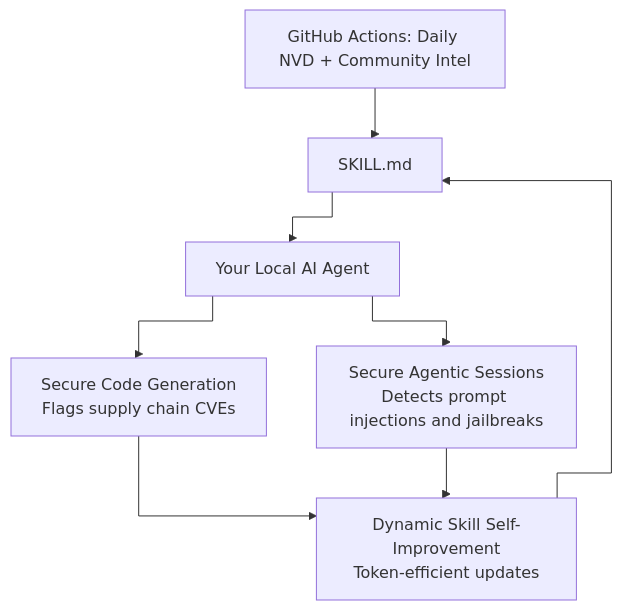
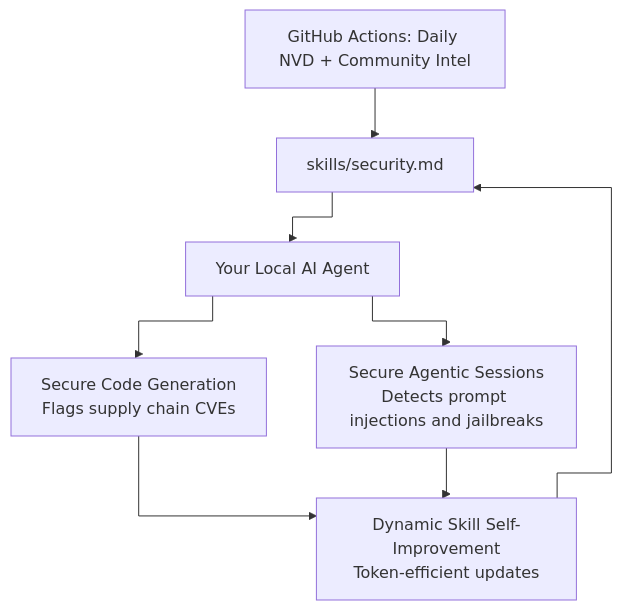
The diagram in README.md (Priyansh10ff/immunity-agent), drawn with Mermaid before and after one commit. The commit also changed other lines of this file and 47 other files, not shown here.

Commit message:
Update security skills with OWASP credits and reorganization

````diff
--- a/README.md
+++ b/README.md
@@ -28,18 +27,18 @@
 ```mermaid
 %%{init: {"flowchart": {"curve": "stepBefore"}}}%%
 flowchart TD
     NVD[GitHub Actions: Daily NVD + Community Intel]
-    SKILL[SKILL.md]
+    SKILL[skills/security.md]
     AGENT[Your Local AI Agent]
     CODE[Secure Code Generation\nFlags supply chain CVEs]
     SESSION[Secure Agentic Sessions\nDetects prompt injections and jailbreaks]
     IMPROVE[Dynamic Skill Self-Improvement\nToken-efficient updates]
 
     NVD --> SKILL
     SKILL --> AGENT
     AGENT --> CODE
     AGENT --> SESSION
     CODE --> IMPROVE
     SESSION --> IMPROVE
     IMPROVE --> SKILL
 ```
````
